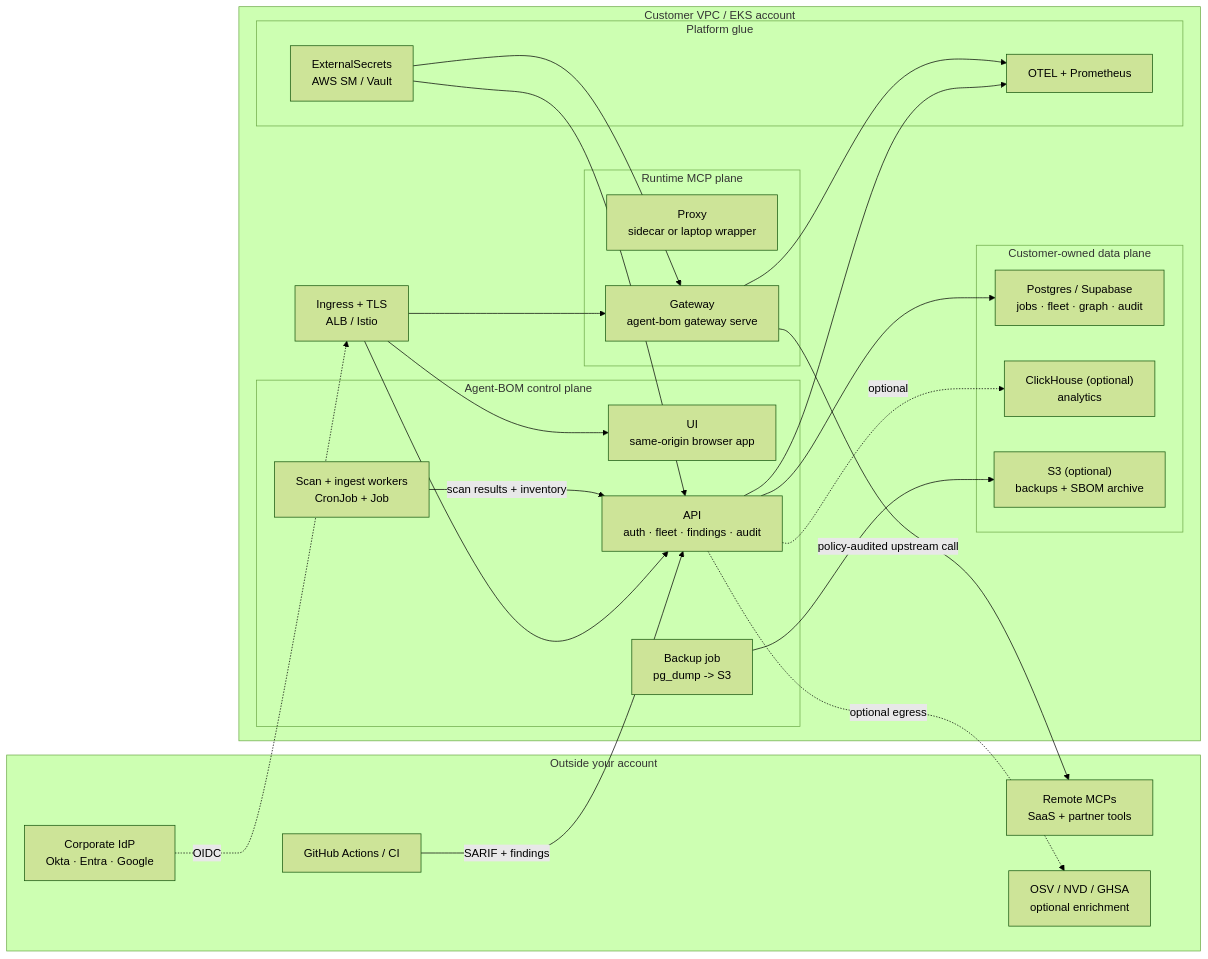
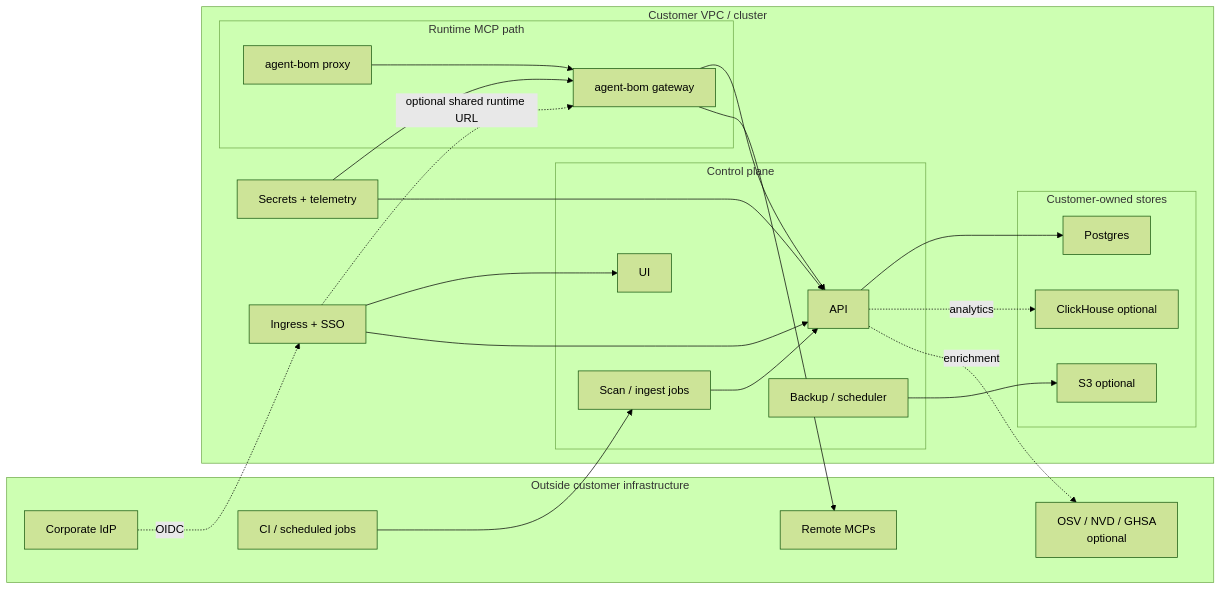
One commit to Rish-2006/agent-bom changed the first of 6 diagrams in README.md. Above: the diagram before and after it, drawn with Mermaid (forest theme). The commit also changed other lines of this file and 40 other files, not shown here.

````diff
--- a/README.md
+++ b/README.md
@@ -165,52 +165,49 @@
 ```mermaid
 flowchart LR
-    subgraph outside["Outside your account"]
-      idp["Corporate IdP<br/>Okta · Entra · Google"]
-      ci["GitHub Actions / CI"]
-      remote["Remote MCPs<br/>SaaS + partner tools"]
-      osv["OSV / NVD / GHSA<br/>optional enrichment"]
+    subgraph outside["Outside customer infrastructure"]
+      idp["Corporate IdP"]
+      ci["CI / scheduled jobs"]
+      remote["Remote MCPs"]
+      osv["OSV / NVD / GHSA<br/>optional"]
     end
 
-    subgraph customer["Customer VPC / EKS account"]
-      ingress["Ingress + TLS<br/>ALB / Istio"]
+    subgraph customer["Customer VPC / cluster"]
+      ingress["Ingress + SSO"]
 
-      subgraph control["Agent-BOM control plane"]
-        ui["UI<br/>same-origin browser app"]
-        api["API<br/>auth · fleet · findings · audit"]
-        jobs["Scan + ingest workers<br/>CronJob + Job"]
-        backup["Backup job<br/>pg_dump -> S3"]
+      subgraph control["Control plane"]
+        ui["UI"]
+        api["API"]
+        jobs["Scan / ingest jobs"]
+        backup["Backup / scheduler"]
       end
 
-      subgraph runtime["Runtime MCP plane"]
-        proxy["Proxy<br/>sidecar or laptop wrapper"]
-        gateway["Gateway<br/>agent-bom gateway serve"]
+      subgraph runtime["Runtime MCP path"]
+        proxy["agent-bom proxy"]
+        gateway["agent-bom gateway"]
       end
 
-      subgraph data["Customer-owned data plane"]
-        pg["Postgres / Supabase<br/>jobs · fleet · graph · audit"]
-        ch["ClickHouse (optional)<br/>analytics"]
-        s3["S3 (optional)<br/>backups + SBOM archive"]
+      subgraph data["Customer-owned stores"]
+        pg["Postgres"]
+        ch["ClickHouse optional"]
+        s3["S3 optional"]
       end
 
-      subgraph ops["Platform glue"]
-        secrets["ExternalSecrets<br/>AWS SM / Vault"]
-        metrics["OTEL + Prometheus"]
-      end
+      ops["Secrets + telemetry"]
     end
 
     idp -. OIDC .-> ingress
     ingress --> ui
     ingress --> api
-    ingress --> gateway
-    ci -->|"SARIF + findings"| api
-    jobs -->|"scan results + inventory"| api
+    ingress -. optional shared runtime URL .-> gateway
+    ci --> jobs
+    jobs --> api
+    backup --> s3
     api --> pg
-    api -. optional .-> ch
-    backup --> s3
-    secrets --> api
-    secrets --> gateway
-    api --> metrics
-    gateway --> metrics
-    gateway -->|"policy-audited upstream call"| remote
-    api -. optional egress .-> osv
+    api -. analytics .-> ch
+    proxy --> gateway
+    gateway --> api
+    gateway --> remote
+    api -. enrichment .-> osv
+    ops --> api
+    ops --> gateway
 ```
````
